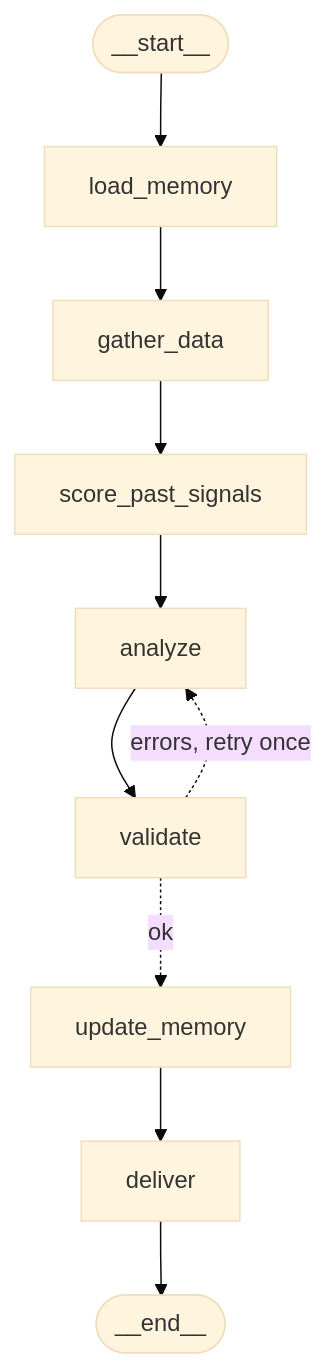
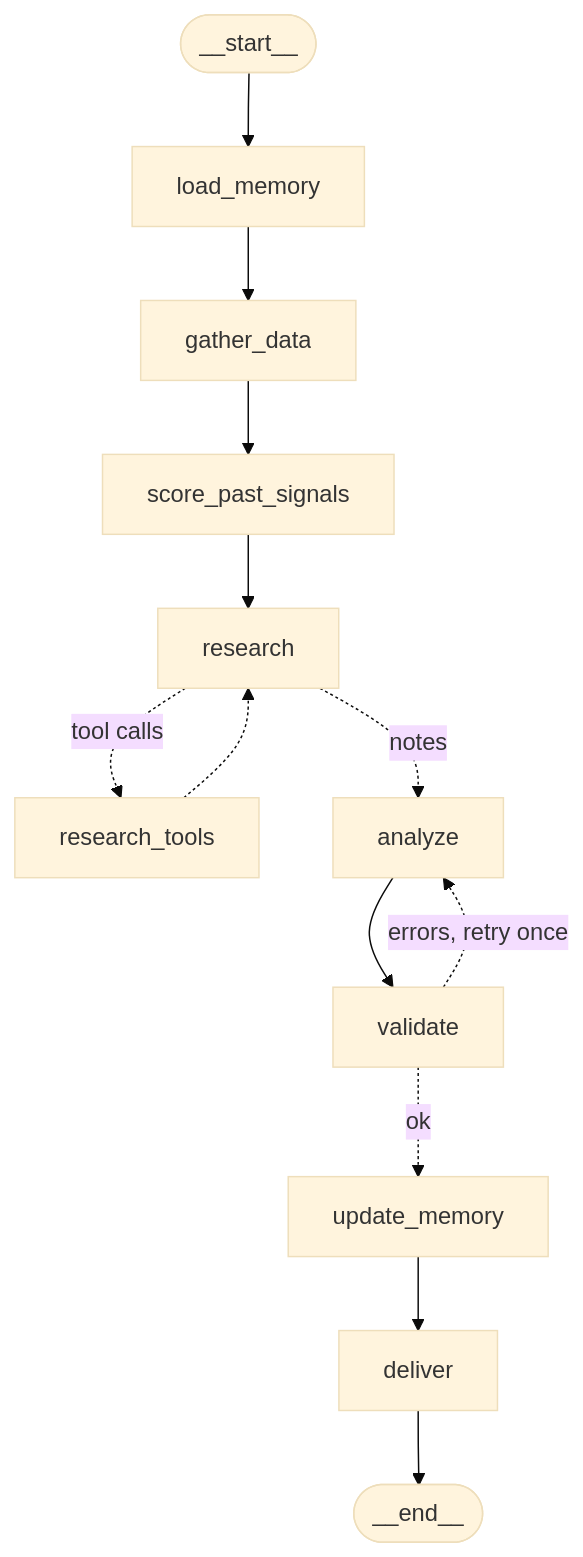
Before and after one commit to ruwanct/stock-alert-agent: the diagram in README.md, drawn with Mermaid (base theme). The commit also changed other lines of this file and 15 other files, not shown here.

````diff
--- a/README.md
+++ b/README.md
@@ -155,13 +159,16 @@
 ```mermaid
 graph TD;
 	__start__([__start__])
 	__start__ --> load_memory;
 	load_memory --> gather_data;
 	gather_data --> score_past_signals;
-	score_past_signals --> analyze;
+	score_past_signals --> research;
+	research -.->|tool calls| research_tools;
+	research_tools -.-> research;
+	research -.->|notes| analyze;
 	analyze --> validate;
 	validate -.->|errors, retry once| analyze;
 	validate -.->|ok| update_memory;
 	update_memory --> deliver;
 	deliver --> __end__([__end__]);
 ```
````
